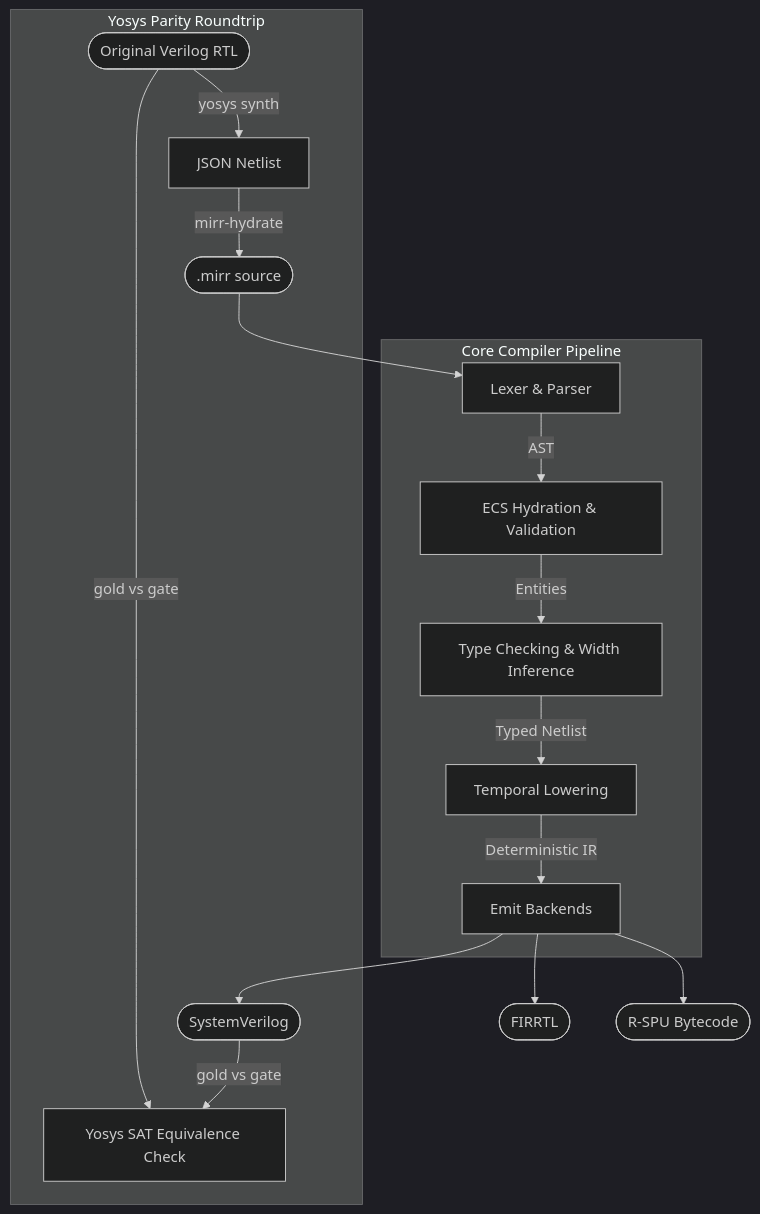
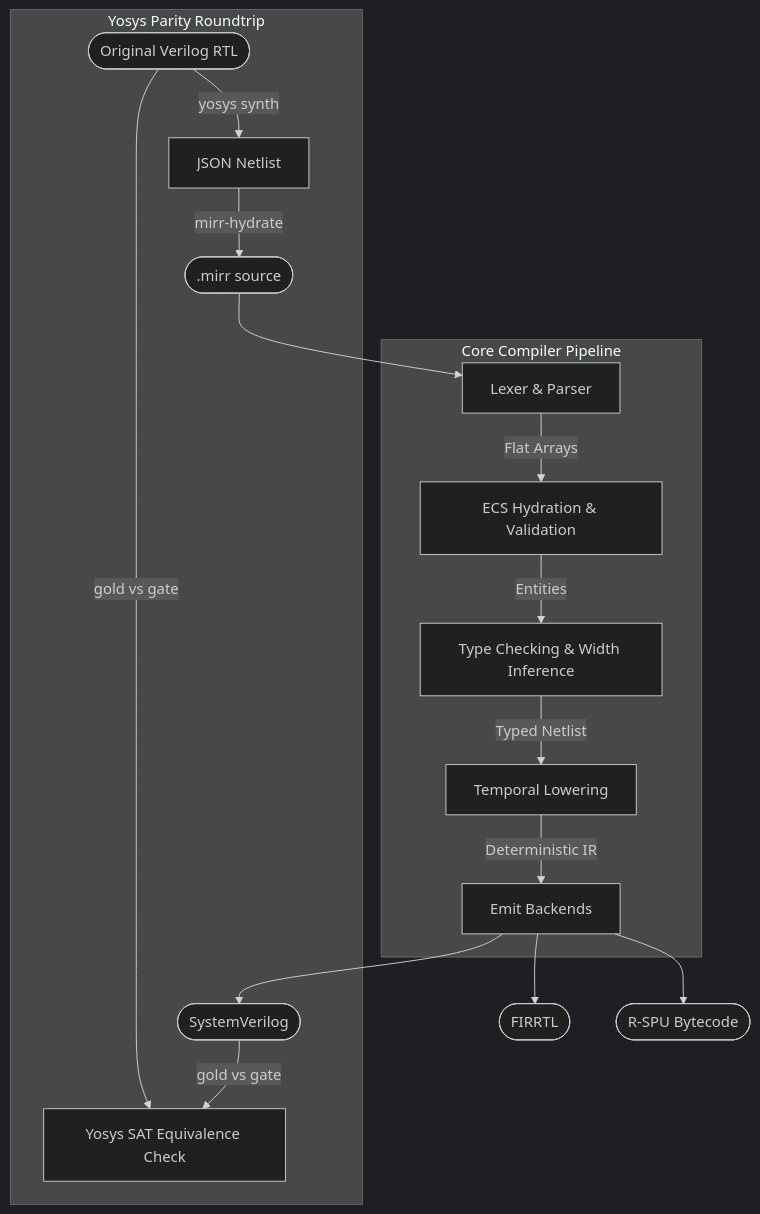
Before and after one commit to brandonfromph/mirr-project: the first of 2 diagrams in docs/ARCHITECTURE.md, drawn with Mermaid (dark theme). The commit also changed other lines of this file and 4 other files, not shown here.

Commit message:
docs: align documentation with Rocq 9.0 and ECS architecture, stub proof audit

````diff
--- a/docs/ARCHITECTURE.md
+++ b/docs/ARCHITECTURE.md
@@ -93,21 +92,21 @@
 ```mermaid
 flowchart TD
     subgraph Core[Core Compiler Pipeline]
-        A[Lexer & Parser] -->|AST| B[ECS Hydration & Validation]
+        A[Lexer & Parser] -->|Flat Arrays| B[ECS Hydration & Validation]
         B -->|Entities| C[Type Checking & Width Inference]
         C -->|Typed Netlist| D[Temporal Lowering]
         D -->|Deterministic IR| E[Emit Backends]
     end
 
     Input([.mirr source]) --> A
     E --> V([SystemVerilog])
     E --> F([FIRRTL])
     E --> R([R-SPU Bytecode])
 
     subgraph Roundtrip[Yosys Parity Roundtrip]
         YosysIn([Original Verilog RTL]) -->|yosys synth| YosysJSON[JSON Netlist]
         YosysJSON -->|mirr-hydrate| Input
         V -->|gold vs gate| SAT[Yosys SAT Equivalence Check]
         YosysIn -->|gold vs gate| SAT
     end
 ```
````
